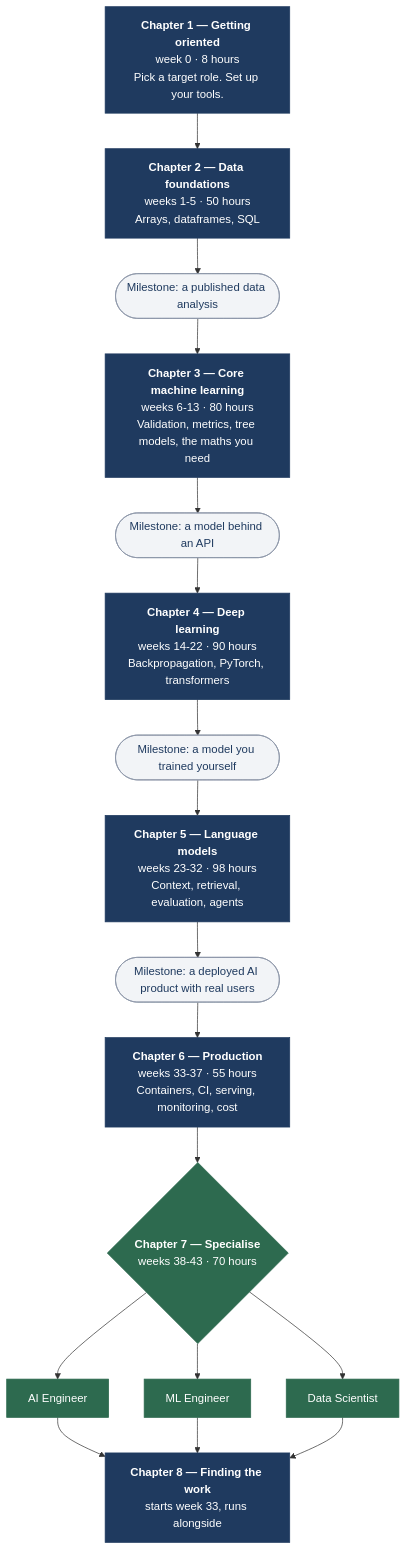
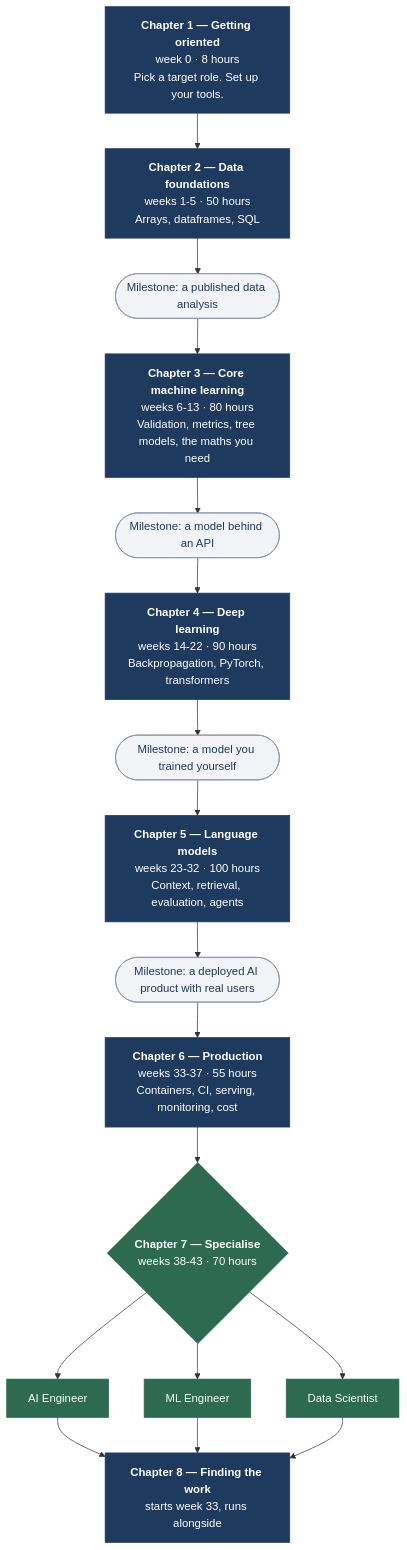
The second of 4 diagrams in README.md (santoshshinde2012/ai-ml-ground-truth), drawn with Mermaid before and after one commit. The commit also changed other lines of this file and 16 other files, not shown here.

````diff
--- a/README.md
+++ b/README.md
@@ -117,31 +221,31 @@
 ```mermaid
 flowchart TD
     S0["<b>Chapter 1 — Getting oriented</b><br/>week 0 · 8 hours<br/>Pick a target role. Set up your tools."]
     S1["<b>Chapter 2 — Data foundations</b><br/>weeks 1-5 · 50 hours<br/>Arrays, dataframes, SQL"]
     S2["<b>Chapter 3 — Core machine learning</b><br/>weeks 6-13 · 80 hours<br/>Validation, metrics, tree models, the maths you need"]
     S3["<b>Chapter 4 — Deep learning</b><br/>weeks 14-22 · 90 hours<br/>Backpropagation, PyTorch, transformers"]
-    S4["<b>Chapter 5 — Language models</b><br/>weeks 23-32 · 98 hours<br/>Context, retrieval, evaluation, agents"]
+    S4["<b>Chapter 5 — Language models</b><br/>weeks 23-32 · 100 hours<br/>Context, retrieval, evaluation, agents"]
     S5["<b>Chapter 6 — Production</b><br/>weeks 33-37 · 55 hours<br/>Containers, CI, serving, monitoring, cost"]
     S6{"<b>Chapter 7 — Specialise</b><br/>weeks 38-43 · 70 hours"}
     A["AI Engineer"]
     B["ML Engineer"]
     C["Data Scientist"]
     S7["<b>Chapter 8 — Finding the work</b><br/>starts week 33, runs alongside"]
 
     M1(["Milestone: a published data analysis"])
     M2(["Milestone: a model behind an API"])
     M3(["Milestone: a model you trained yourself"])
     M4(["Milestone: a deployed AI product with real users"])
 
     S0 --> S1 --> M1 --> S2 --> M2 --> S3 --> M3 --> S4 --> M4 --> S5 --> S6
     S6 --> A --> S7
     S6 --> B --> S7
     S6 --> C --> S7
 
     classDef stage fill:#1f3a5f,stroke:#1f3a5f,color:#ffffff
     classDef milestone fill:#f2f4f7,stroke:#8a94a6,color:#1f3a5f
     classDef pick fill:#2d6a4f,stroke:#2d6a4f,color:#ffffff
     class S0,S1,S2,S3,S4,S5,S7 stage
     class M1,M2,M3,M4 milestone
     class S6,A,B,C pick
 ```
````
